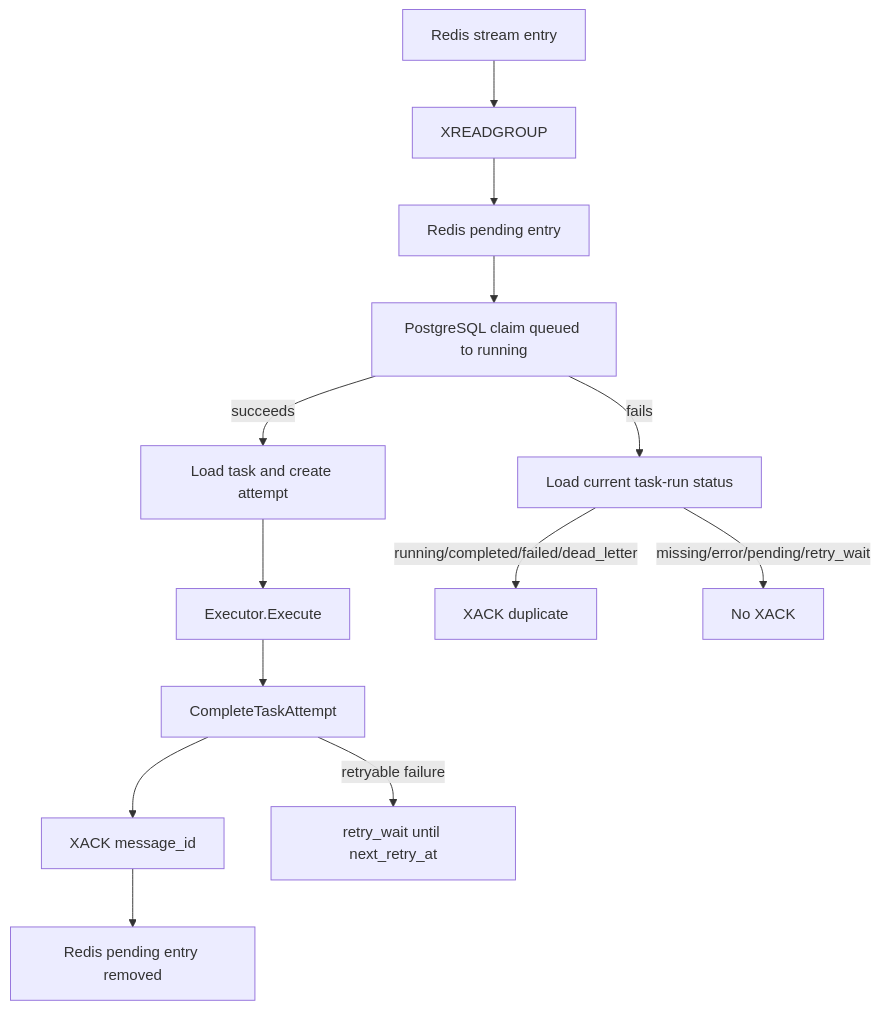
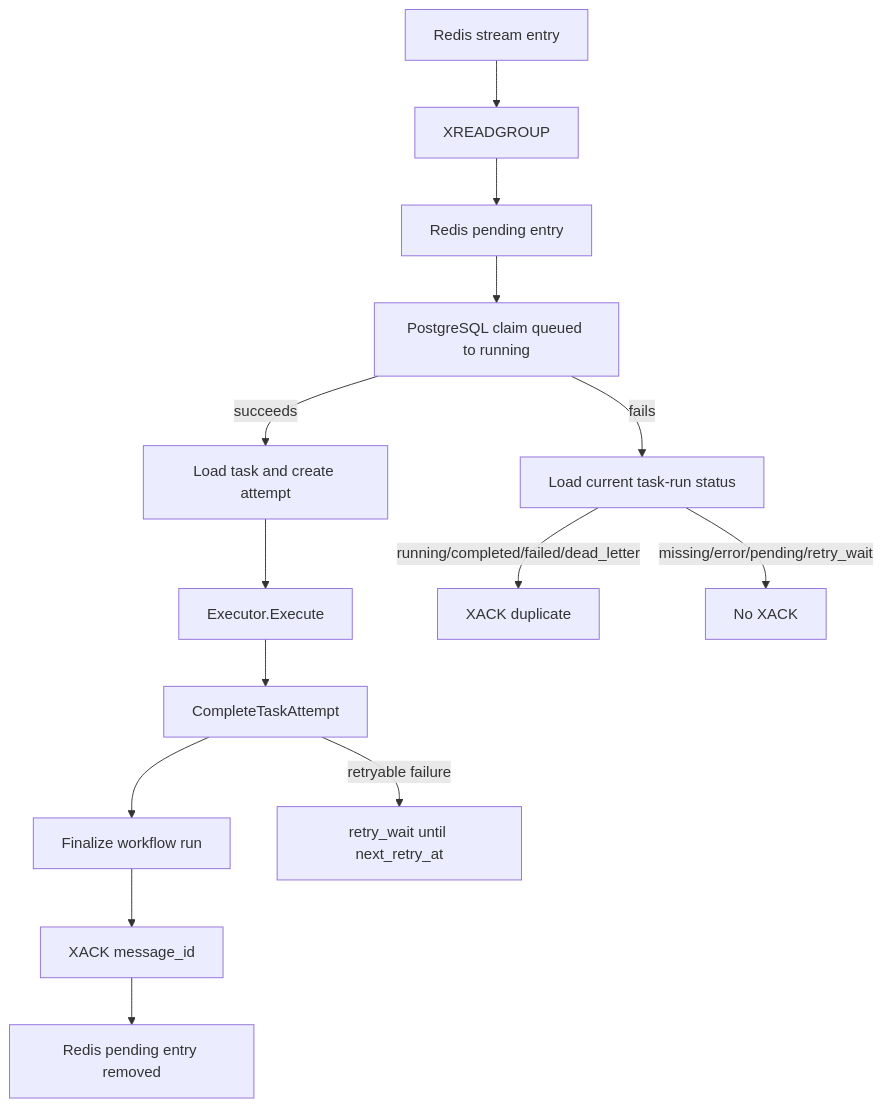
One commit to Hyowon-A/goflow changed the seventh of 8 diagrams in docs/architecture.md. Above: the diagram before and after it, drawn with Mermaid. The commit also changed other lines of this file and 5 other files, not shown here.

````diff
--- a/docs/architecture.md
+++ b/docs/architecture.md
@@ -280,15 +287,16 @@
 ```mermaid
 flowchart TD
     Entry[Redis stream entry] --> Read[XREADGROUP]
     Read --> Pending[Redis pending entry]
     Pending --> Claim[PostgreSQL claim queued to running]
     Claim -->|succeeds| Work[Load task and create attempt]
     Work --> Execute[Executor.Execute]
     Execute --> Complete[CompleteTaskAttempt]
-    Complete --> Ack[XACK message_id]
+    Complete --> Finalize[Finalize workflow run]
+    Finalize --> Ack[XACK message_id]
     Complete -->|retryable failure| RetryWait[retry_wait until next_retry_at]
     Ack --> Removed[Redis pending entry removed]
     Claim -->|fails| Status[Load current task-run status]
     Status -->|running/completed/failed/dead_letter| AckDuplicate[XACK duplicate]
     Status -->|missing/error/pending/retry_wait| NoAck[No XACK]
 ```
````
